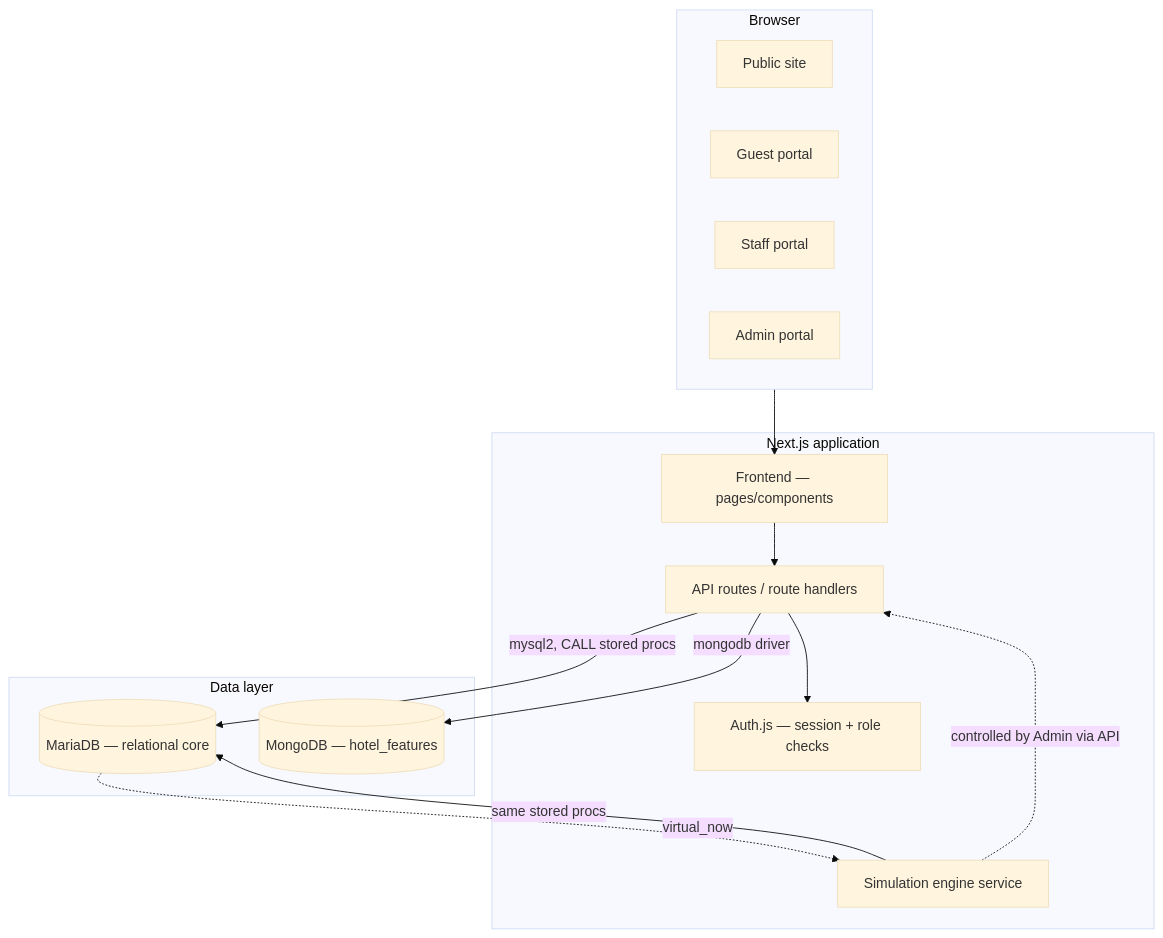
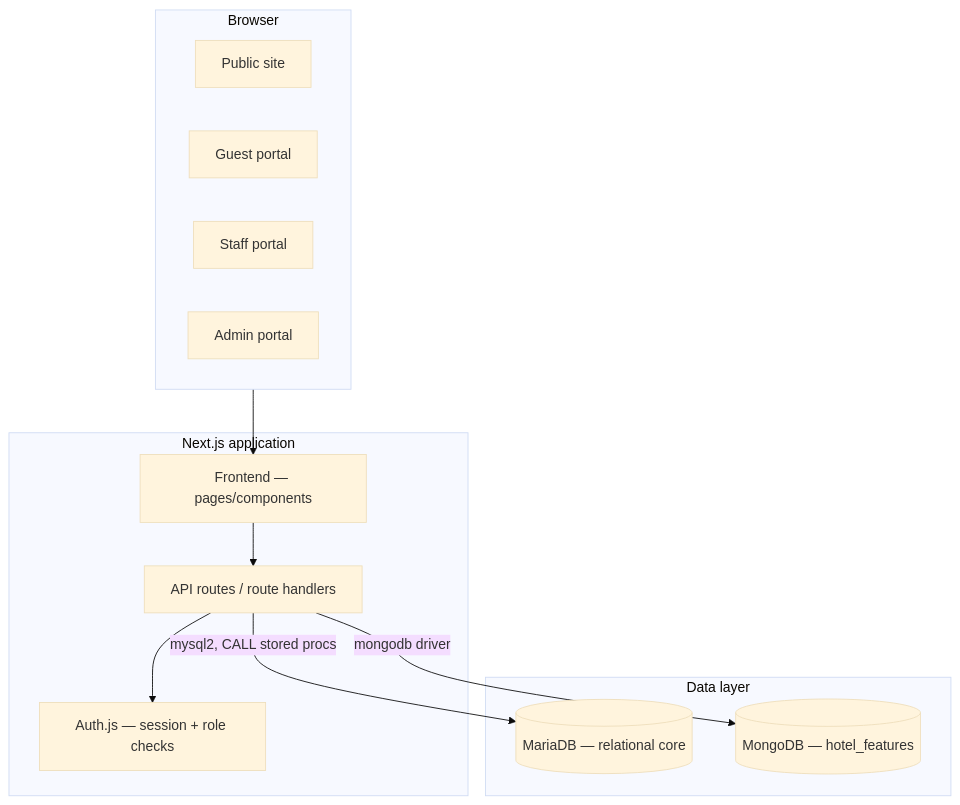
The diagram in DOCS/ARCHITECTURE.md (Siddhesh249/Hotel-Franchise-CRS), drawn with Mermaid (base theme) before and after one commit. The commit also changed other lines of this file and 30 other files, not shown here.

````diff
--- a/DOCS/ARCHITECTURE.md
+++ b/DOCS/ARCHITECTURE.md
@@ -45,29 +41,25 @@
 ```mermaid
 flowchart TB
     subgraph Client["Browser"]
         PUB[Public site]
         GUI[Guest portal]
         STF[Staff portal]
         ADM[Admin portal]
     end
 
     subgraph App["Next.js application"]
         FE[Frontend — pages/components]
         API[API routes / route handlers]
         AUTH[Auth.js — session + role checks]
-        SIM[Simulation engine service]
     end
 
     subgraph Data["Data layer"]
         SQL[(MariaDB — relational core)]
         MONGO[(MongoDB — hotel_features)]
     end
 
     Client --> FE --> API
     API --> AUTH
     API -->|mysql2, CALL stored procs| SQL
     API -->|mongodb driver| MONGO
-    SIM -->|same stored procs| SQL
-    SIM -.controlled by Admin via API.-> API
-    SQL -.virtual_now.-> SIM
 ```
````
